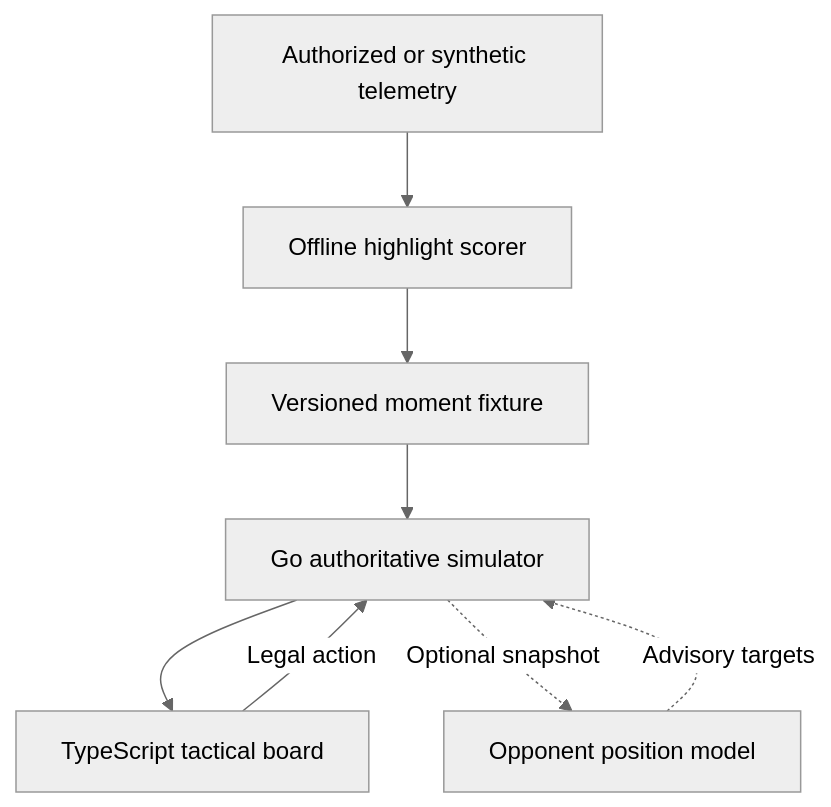
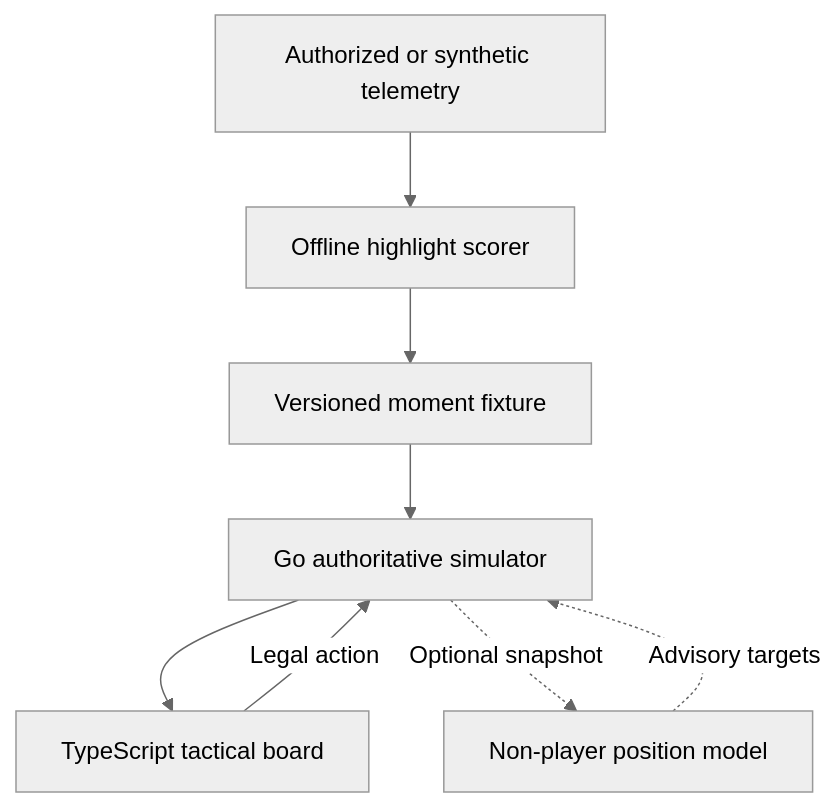
One commit to joyalzzy/playable-replays changed the diagram in docs/architecture.md. Above: the diagram before and after it, drawn with Mermaid (neutral theme). The commit also changed other lines of this file and 11 other files, not shown here.

````diff
--- a/docs/architecture.md
+++ b/docs/architecture.md
@@ -10,10 +10,10 @@
 ```mermaid
 flowchart TD
     A["Authorized or synthetic telemetry"] --> B["Offline highlight scorer"]
     B --> C["Versioned moment fixture"]
     C --> D["Go authoritative simulator"]
     D --> E["TypeScript tactical board"]
     E -->|Legal action| D
-    D -.->|Optional snapshot| F["Opponent position model"]
+    D -.->|Optional snapshot| F["Non-player position model"]
     F -.->|Advisory targets| D
 ```
````
